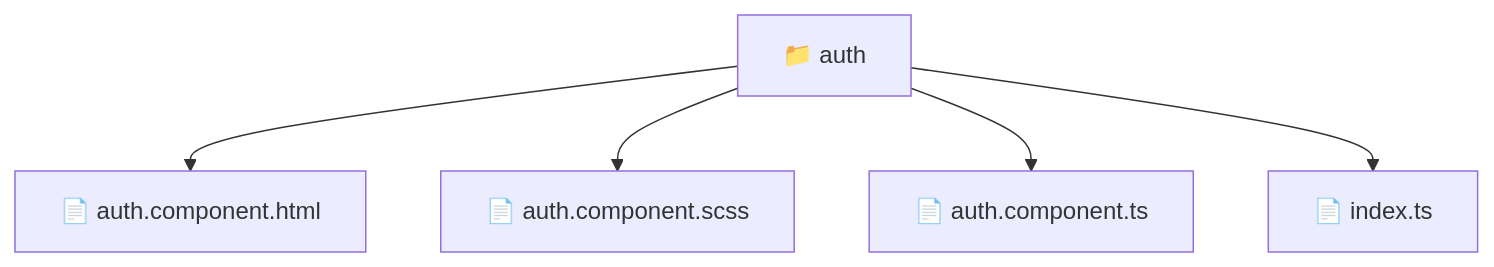
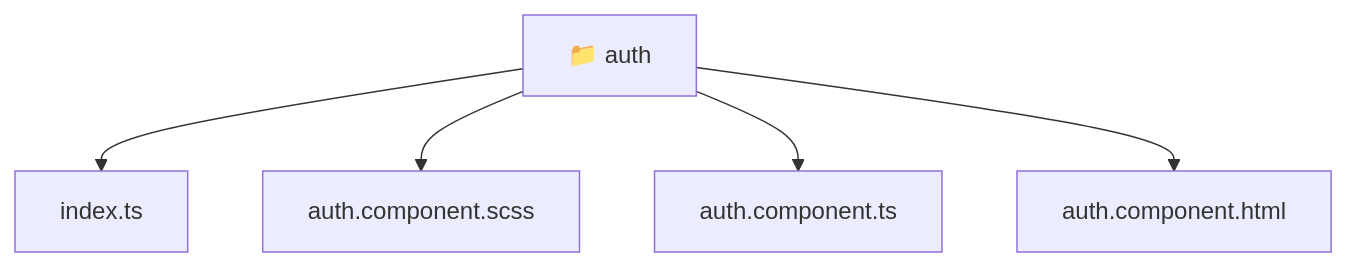
The diagram in frontend/src/pages/auth/README.md (beginwebdev2002/fullstack-mavluda), drawn with Mermaid before and after one commit. The commit also changed other lines of this file and 167 other files, not shown here.

````diff
--- a/frontend/src/pages/auth/README.md
+++ b/frontend/src/pages/auth/README.md
@@ -11,8 +11,12 @@
 ```mermaid
 graph TD
-  Root["📁 auth"]
-  Root --> auth_component_html["📄 auth.component.html"]
-  Root --> auth_component_scss["📄 auth.component.scss"]
-  Root --> auth_component_ts["📄 auth.component.ts"]
-  Root --> index_ts["📄 index.ts"]
+  Root_auth["📁 auth"]
+  f_index_ts["index.ts"]
+  Root_auth --> f_index_ts
+  f_auth_component_scss["auth.component.scss"]
+  Root_auth --> f_auth_component_scss
+  f_auth_component_ts["auth.component.ts"]
+  Root_auth --> f_auth_component_ts
+  f_auth_component_html["auth.component.html"]
+  Root_auth --> f_auth_component_html
 ```
````
